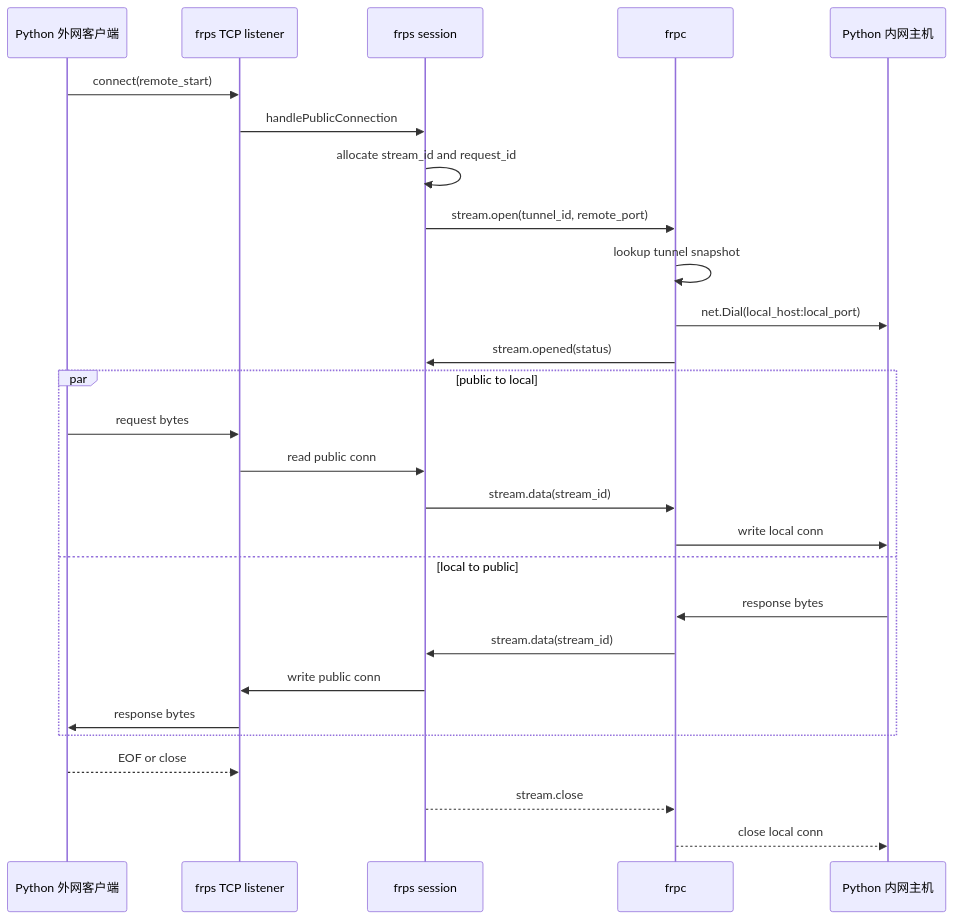
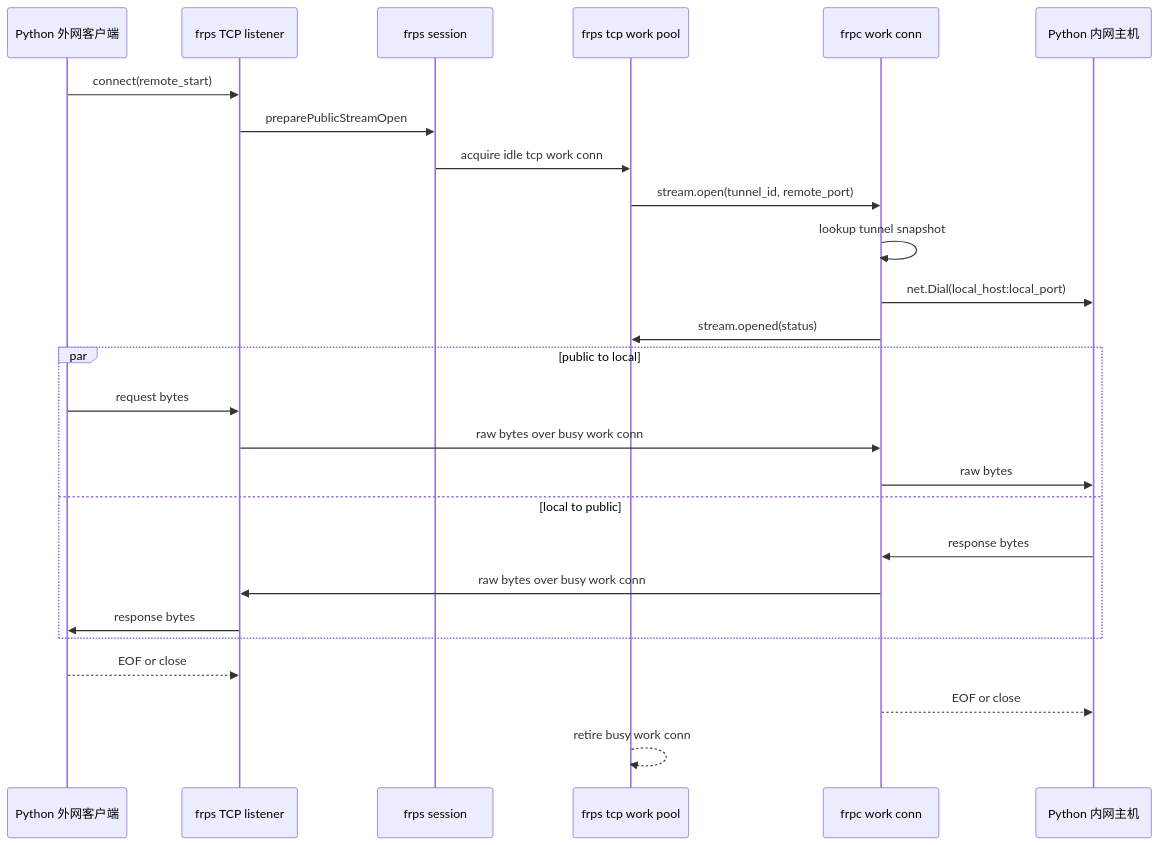
Before and after one commit to Zightch/frp: the fifth of 6 diagrams in docs/frps-frpc-current-architecture.md, drawn with Mermaid. The commit also changed other lines of this file and 20 other files, not shown here.

Commit message:
refactor: finalize tcp work data plane cleanup

````diff
--- a/docs/frps-frpc-current-architecture.md
+++ b/docs/frps-frpc-current-architecture.md
@@ -182,32 +190,31 @@
 ```mermaid
 sequenceDiagram
     participant E as Python 外网客户端
     participant L as frps TCP listener
     participant S as frps session
-    participant C as frpc
+    participant W as frps tcp work pool
+    participant C as frpc work conn
     participant I as Python 内网主机
 
     E->>L: connect(remote_start)
-    L->>S: handlePublicConnection
-    S->>S: allocate stream_id and request_id
-    S->>C: stream.open(tunnel_id, remote_port)
+    L->>S: preparePublicStreamOpen
+    S->>W: acquire idle tcp work conn
+    W->>C: stream.open(tunnel_id, remote_port)
     C->>C: lookup tunnel snapshot
     C->>I: net.Dial(local_host:local_port)
-    C->>S: stream.opened(status)
+    C->>W: stream.opened(status)
 
     par public to local
         E->>L: request bytes
-        L->>S: read public conn
-        S->>C: stream.data(stream_id)
-        C->>I: write local conn
+        L->>C: raw bytes over busy work conn
+        C->>I: raw bytes
     and local to public
         I->>C: response bytes
-        C->>S: stream.data(stream_id)
-        S->>L: write public conn
+        C->>L: raw bytes over busy work conn
         L->>E: response bytes
     end
 
     E-->>L: EOF or close
-    S-->>C: stream.close
-    C-->>I: close local conn
+    C-->>I: EOF or close
+    W-->>W: retire busy work conn
 ```
````
